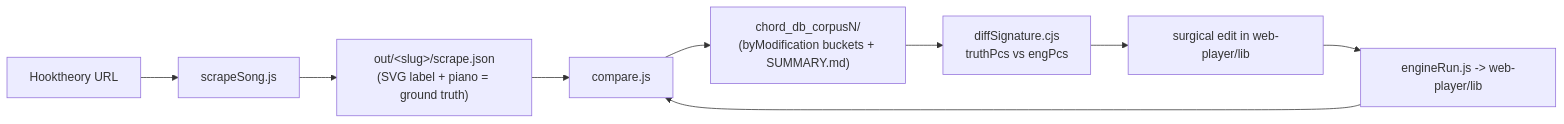
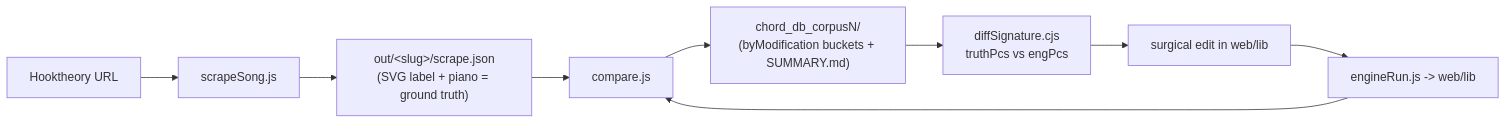
One commit to briansgithub/acquiring changed the first of 2 diagrams in ORACLE_GUIDE/README.md. Above: the diagram before and after it, drawn with Mermaid. The commit also changed other lines of this file and 173 other files, not shown here.

````diff
--- a/ORACLE_GUIDE/README.md
+++ b/ORACLE_GUIDE/README.md
@@ -13,11 +13,11 @@
 ```mermaid
 flowchart LR
   URL["Hooktheory URL"] --> Scrape["scrapeSong.js"]
   Scrape --> Truth["out/&lt;slug&gt;/scrape.json<br/>(SVG label + piano = ground truth)"]
   Truth --> Cmp["compare.js"]
-  Eng["engineRun.js -> web-player/lib"] --> Cmp
+  Eng["engineRun.js -> web/lib"] --> Cmp
   Cmp --> DB["chord_db_corpusN/<br/>(byModification buckets + SUMMARY.md)"]
   DB --> Diff["diffSignature.cjs<br/>truthPcs vs engPcs"]
-  Diff --> Fix["surgical edit in web-player/lib"]
+  Diff --> Fix["surgical edit in web/lib"]
   Fix --> Eng
 ```
````
